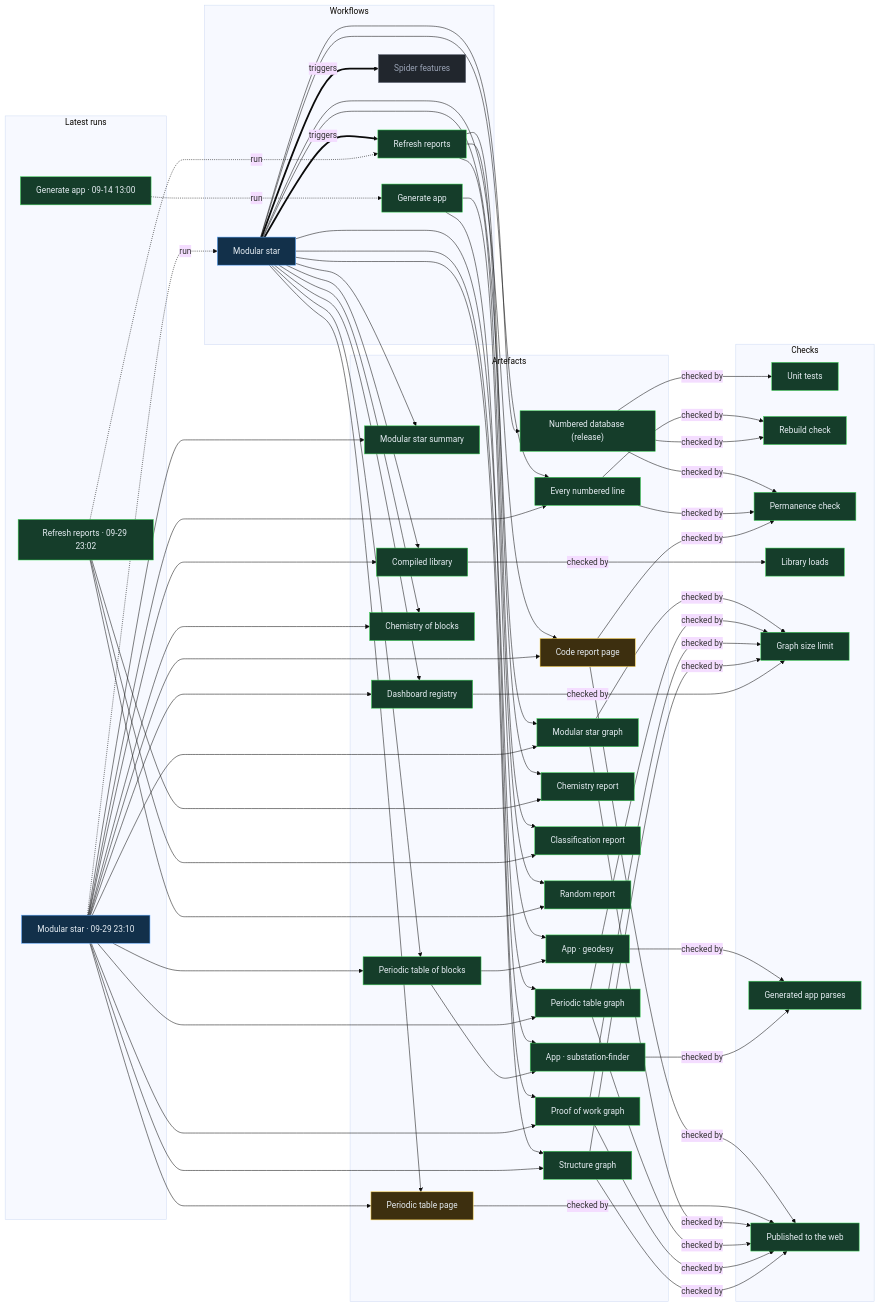
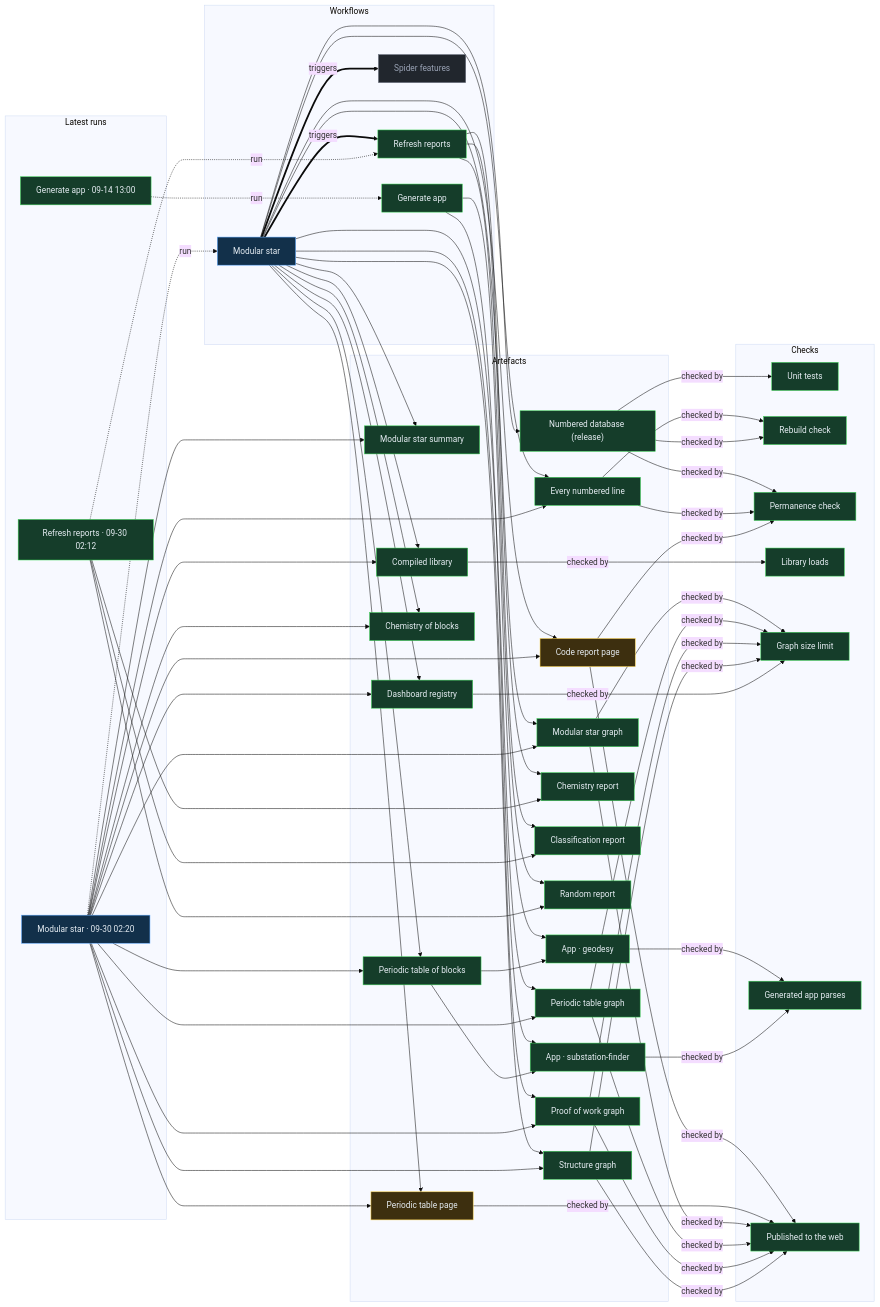
Before and after one commit to Ventusltd/stars: the diagram in proof/PROOF.md, drawn with Mermaid (base theme). The commit also changed other lines of this file and 33 other files, not shown here.

Commit message:
Modular star 2026-09-30T02:23Z

```diff
--- a/proof/PROOF.md
+++ b/proof/PROOF.md
@@ -24,8 +24,8 @@
   n_wf_spider_features["Spider features"]:::off
   end
   subgraph g_runs["Latest runs"]
-  n_run_36643723452["Modular star · 09-29 23:10"]:::live
-  n_run_36643045053["Refresh reports · 09-29 23:02"]:::ok
+  n_run_36659391643["Modular star · 09-30 02:20"]:::live
+  n_run_36658752496["Refresh reports · 09-30 02:12"]:::ok
   n_run_34846587798["Generate app · 09-14 13:00"]:::ok
   end
   subgraph g_artefacts["Artefacts"]
@@ -59,39 +59,39 @@
   end
   n_wf_modular_star == triggers ==> n_wf_refresh
   n_wf_modular_star == triggers ==> n_wf_spider_features
-  n_run_36643723452 -. run .-> n_wf_modular_star
-  n_run_36643045053 -. run .-> n_wf_refresh
+  n_run_36659391643 -. run .-> n_wf_modular_star
+  n_run_36658752496 -. run .-> n_wf_refresh
   n_run_34846587798 -. run .-> n_wf_generate
   n_wf_modular_star --> n_art_summary
-  n_run_36643723452 --> n_art_summary
+  n_run_36659391643 --> n_art_summary
   n_wf_modular_star --> n_art_lines
-  n_run_36643723452 --> n_art_lines
+  n_run_36659391643 --> n_art_lines
   n_wf_modular_star --> n_art_code
-  n_run_36643723452 --> n_art_code
+  n_run_36659391643 --> n_art_code
   n_wf_modular_star --> n_art_modular_graph
-  n_run_36643723452 --> n_art_modular_graph
+  n_run_36659391643 --> n_art_modular_graph
   n_wf_modular_star --> n_art_blocks
-  n_run_36643723452 --> n_art_blocks
+  n_run_36659391643 --> n_art_blocks
   n_wf_modular_star --> n_art_table
-  n_run_36643723452 --> n_art_table
+  n_run_36659391643 --> n_art_table
   n_wf_modular_star --> n_art_blocks_graph
-  n_run_36643723452 --> n_art_blocks_graph
+  n_run_36659391643 --> n_art_blocks_graph
   n_wf_modular_star --> n_art_reactions
-  n_run_36643723452 --> n_art_reactions
+  n_run_36659391643 --> n_art_reactions
   n_wf_modular_star --> n_art_library
-  n_run_36643723452 --> n_art_library
+  n_run_36659391643 --> n_art_library
   n_wf_modular_star --> n_art_features
-  n_run_36643723452 --> n_art_features
+  n_run_36659391643 --> n_art_features
   n_wf_modular_star --> n_art_proof
-  n_run_36643723452 --> n_art_proof
+  n_run_36659391643 --> n_art_proof
   n_wf_modular_star --> n_art_structure
-  n_run_36643723452 --> n_art_structure
+  n_run_36659391643 --> n_art_structure
   n_wf_refresh --> n_art_chemistry
-  n_run_36643045053 --> n_art_chemistry
+  n_run_36658752496 --> n_art_chemistry
   n_wf_refresh --> n_art_vedic
-  n_run_36643045053 --> n_art_vedic
+  n_run_36658752496 --> n_art_vedic
   n_wf_refresh --> n_art_random
-  n_run_36643045053 --> n_art_random
+  n_run_36658752496 --> n_art_random
   n_wf_modular_star --> n_art_release
   n_wf_generate --> n_app_geodesy
   n_art_blocks --> n_app_geodesy
```
